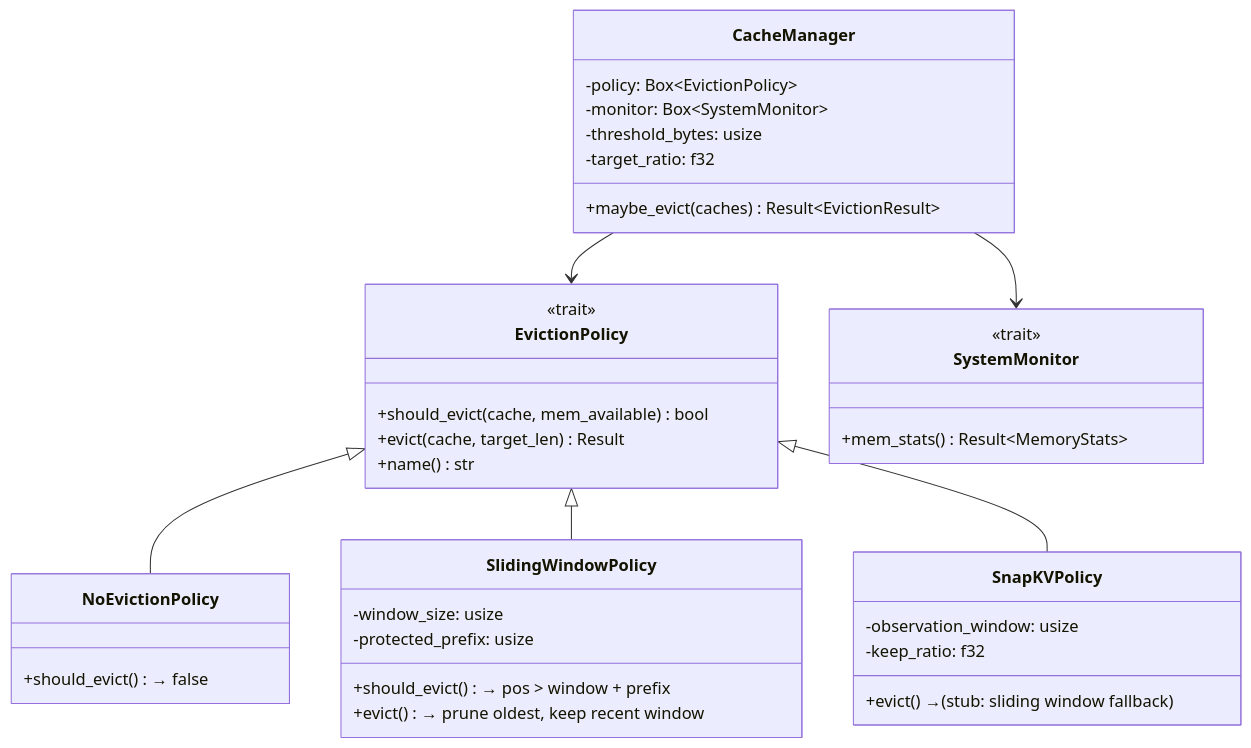
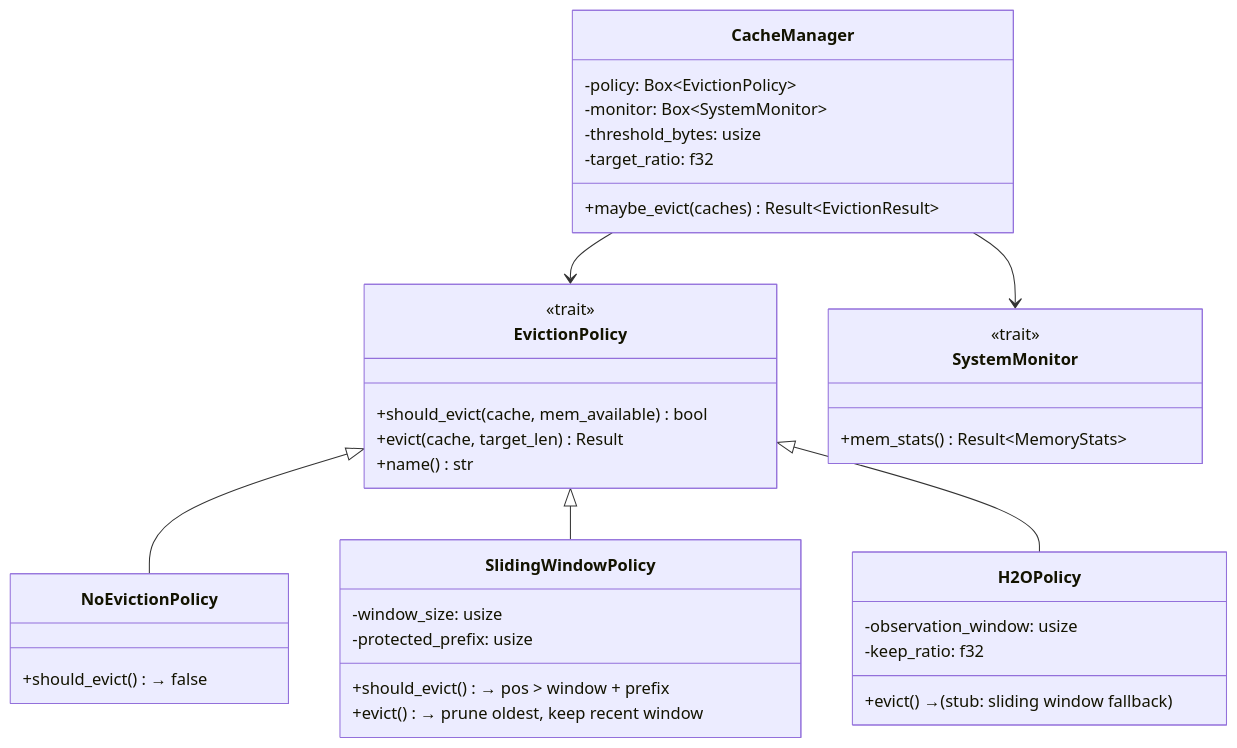
One commit to hedone21/llm_rs2 changed the fourth of 5 diagrams in ARCHITECTURE.md. Above: the diagram before and after it, drawn with Mermaid. The commit also changed other lines of this file and 14 other files, not shown here.

First line of the commit message:
refactor(eviction): rename SnapKV to H2O to reflect actual algorithm

````diff
--- a/ARCHITECTURE.md
+++ b/ARCHITECTURE.md
@@ -211,43 +211,43 @@
 ```mermaid
 classDiagram
     class EvictionPolicy {
         <<trait>>
         +should_evict(cache, mem_available) bool
         +evict(cache, target_len) Result
         +name() str
     }
 
     class CacheManager {
         -policy: Box~EvictionPolicy~
         -monitor: Box~SystemMonitor~
         -threshold_bytes: usize
         -target_ratio: f32
         +maybe_evict(caches) Result~EvictionResult~
     }
 
     class SystemMonitor {
         <<trait>>
         +mem_stats() Result~MemoryStats~
     }
 
     class NoEvictionPolicy {
         +should_evict() → false
     }
     class SlidingWindowPolicy {
         -window_size: usize
         -protected_prefix: usize
         +should_evict() → pos > window + prefix
         +evict() → prune oldest, keep recent window
     }
-    class SnapKVPolicy {
+    class H2OPolicy {
         -observation_window: usize
         -keep_ratio: f32
         +evict() → (stub: sliding window fallback)
     }
 
     CacheManager --> EvictionPolicy
     CacheManager --> SystemMonitor
     EvictionPolicy <|-- NoEvictionPolicy
     EvictionPolicy <|-- SlidingWindowPolicy
-    EvictionPolicy <|-- SnapKVPolicy
+    EvictionPolicy <|-- H2OPolicy
 ```
````
